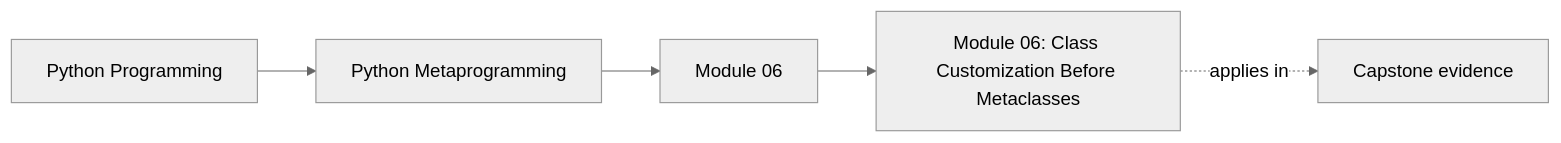
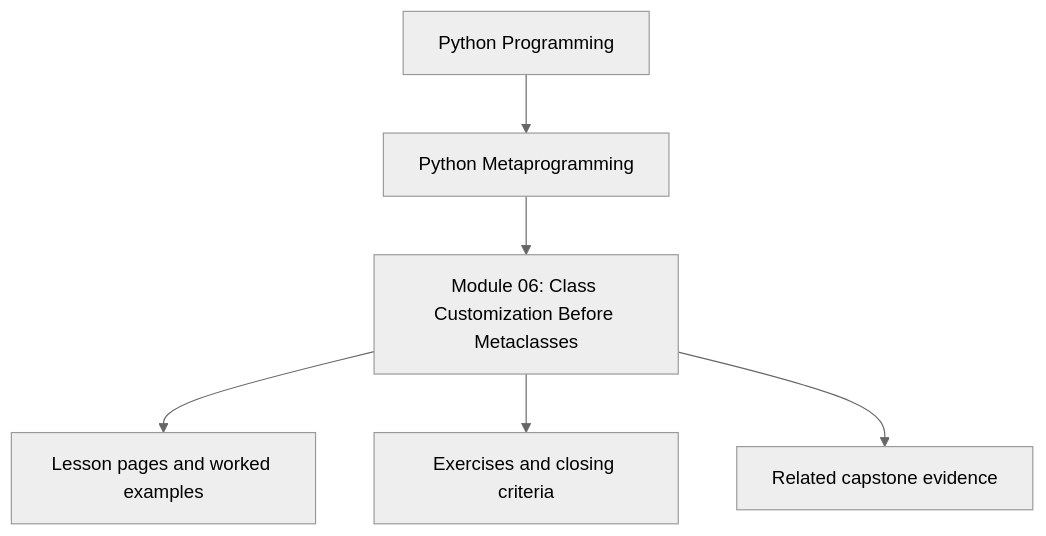
The first of 8 diagrams in programs/python-programming/python-meta-programming/course-book/module-06-class-customization-before-metaclasses/index.md (bijux/bijux-masterclass), drawn with Mermaid (neutral theme) before and after one commit. The commit also changed other lines of this file and 10 other files, not shown here.

Commit message:
docs(python-meta-programming): reposition module overview diagrams

````diff
--- a/programs/python-programming/python-meta-programming/course-book/module-06-class-customization-before-metaclasses/index.md
+++ b/programs/python-programming/python-meta-programming/course-book/module-06-class-customization-before-metaclasses/index.md
@@ -8,11 +8,8 @@
 ```mermaid
-graph LR
-  family["Python Programming"]
-  program["Python Metaprogramming"]
-  section["Module 06"]
-  page["Module 06: Class Customization Before Metaclasses"]
-  capstone["Capstone evidence"]
-
-  family --> program --> section --> page
-  page -.applies in.-> capstone
+flowchart TD
+  family["Python Programming"] --> program["Python Metaprogramming"]
+  program --> module["Module 06: Class Customization Before Metaclasses"]
+  module --> lessons["Lesson pages and worked examples"]
+  module --> checkpoints["Exercises and closing criteria"]
+  module --> capstone["Related capstone evidence"]
 ```
````
